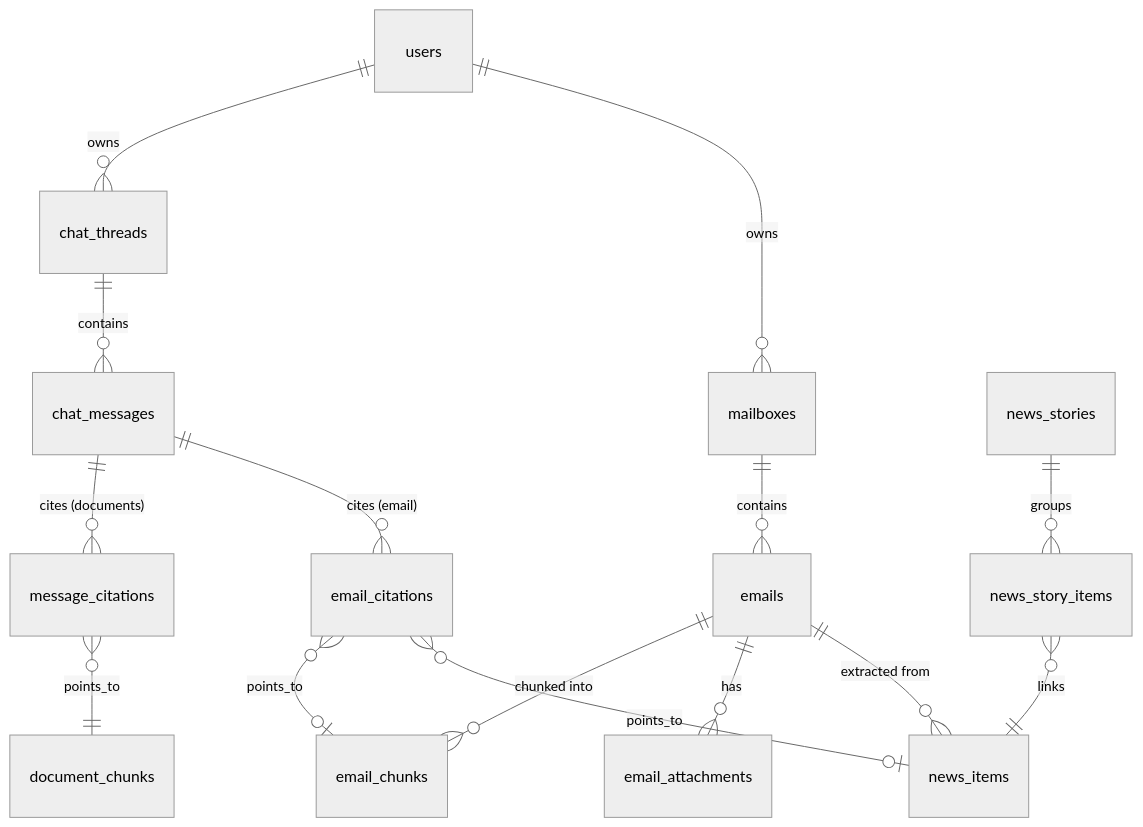
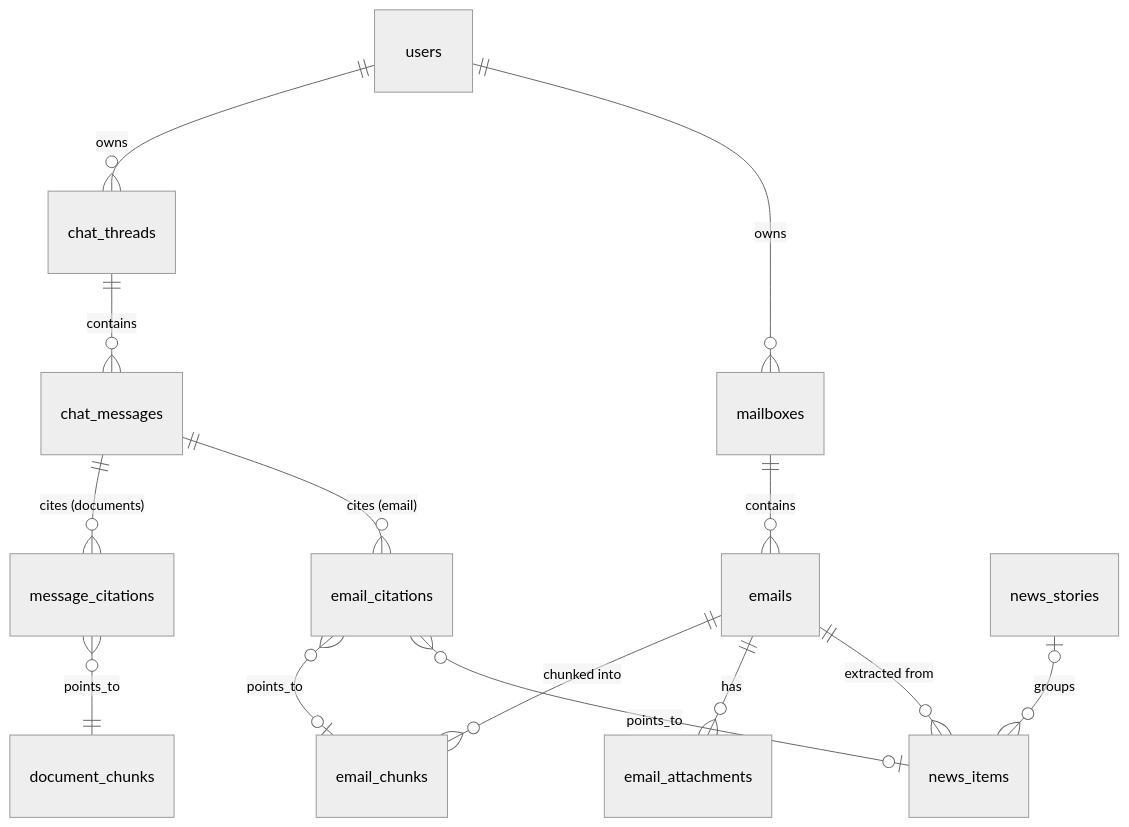
One commit to borbalita/folio changed the diagram in docs/03-email/spec.md. Above: the diagram before and after it, drawn with Mermaid (neutral theme). The commit also changed other lines of this file and 11 other files, not shown here.

````diff
--- a/docs/03-email/spec.md
+++ b/docs/03-email/spec.md
@@ -205,17 +204,16 @@
 ```mermaid
 erDiagram
     users ||--o{ chat_threads : owns
     users ||--o{ mailboxes : owns
     mailboxes ||--o{ emails : contains
     chat_threads ||--o{ chat_messages : contains
     chat_messages ||--o{ message_citations : "cites (documents)"
     chat_messages ||--o{ email_citations : "cites (email)"
     message_citations }o--|| document_chunks : points_to
     emails ||--o{ email_chunks : "chunked into"
     emails ||--o{ email_attachments : has
     emails ||--o{ news_items : "extracted from"
     email_citations }o--o| email_chunks : points_to
     email_citations }o--o| news_items : points_to
-    news_stories ||--o{ news_story_items : groups
-    news_story_items }o--|| news_items : links
+    news_stories |o--o{ news_items : groups
 ```
````
